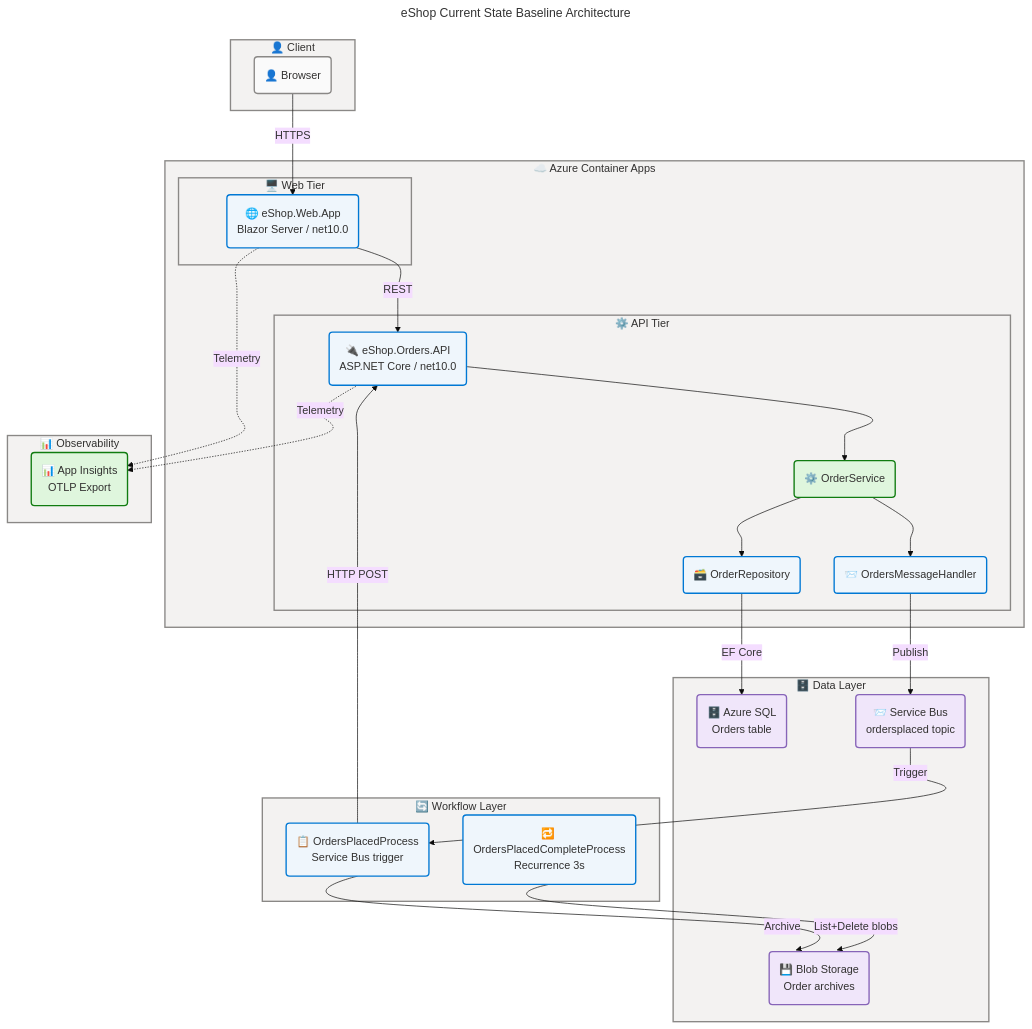
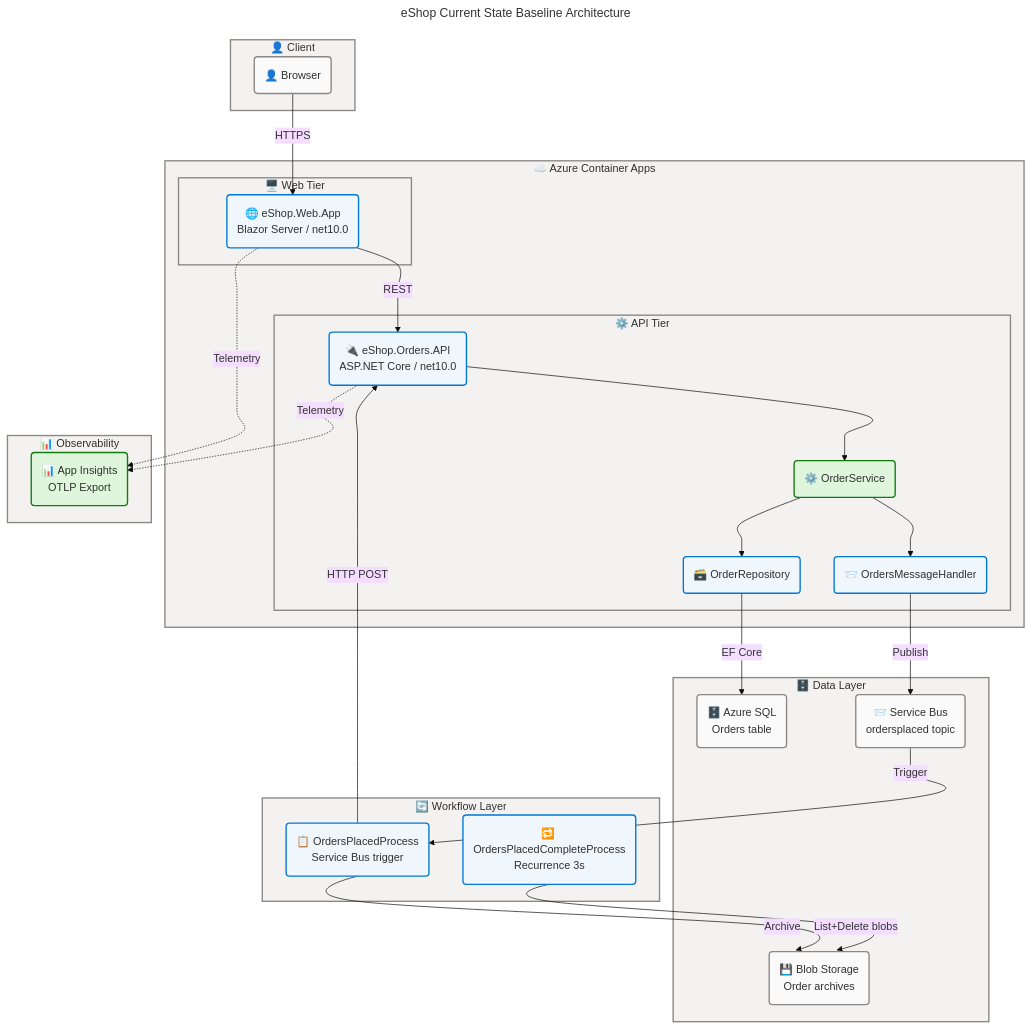
Before and after one commit to Evilazaro/Azure-LogicApps-Monitoring: the fifth of 9 diagrams in docs/architecture/application-architecture.md, drawn with Mermaid. The commit also changed other lines of this file, not shown here.

Commit message:
style: Update class definitions in architecture diagrams to use 'neutral' for data elements

````diff
--- a/docs/architecture/application-architecture.md
+++ b/docs/architecture/application-architecture.md
@@ -587,9 +587,9 @@
     end
 
     subgraph DATA_LAYER["🗄️ Data Layer"]
-        DB("🗄️ Azure SQL<br>Orders table"):::data
-        SB("📨 Service Bus<br>ordersplaced topic"):::data
-        BLOB("💾 Blob Storage<br>Order archives"):::data
+        DB("🗄️ Azure SQL<br>Orders table"):::neutral
+        SB("📨 Service Bus<br>ordersplaced topic"):::neutral
+        BLOB("💾 Blob Storage<br>Order archives"):::neutral
     end
 
     subgraph WF_LAYER["🔄 Workflow Layer"]
@@ -626,6 +626,5 @@
     %% Centralized classDefs
     classDef neutral fill:#FAFAFA,stroke:#8A8886,stroke-width:2px,color:#323130
     classDef core fill:#EFF6FC,stroke:#0078D4,stroke-width:2px,color:#323130
-    classDef data fill:#F0E6FA,stroke:#8764B8,stroke-width:2px,color:#323130
     classDef success fill:#DFF6DD,stroke:#107C10,stroke-width:2px,color:#323130
 ```
````
